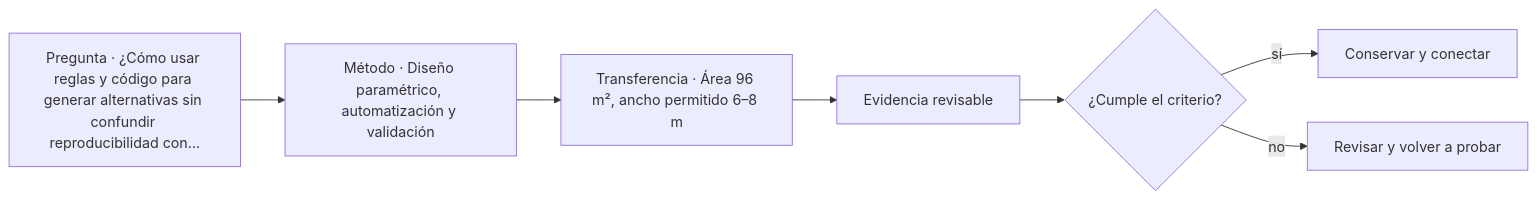
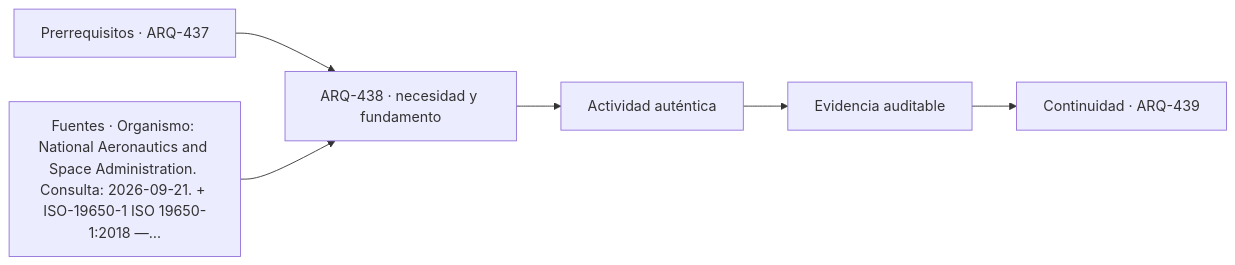
The diagram in classes/parte-44/ARQ-438.md (vladimiracunadev-create/architecture-built-environment-learning-program), drawn with Mermaid before and after one commit. The commit also changed other lines of this file and 761 other files, not shown here.

````diff
--- a/classes/parte-44/ARQ-438.md
+++ b/classes/parte-44/ARQ-438.md
@@ -75,9 +87,8 @@
 ```mermaid
 flowchart LR
-    Q["Pregunta · ¿Cómo usar reglas y código para generar alternativas sin confundir reproducibilidad con…"] --> M["Método · Diseño paramétrico, automatización y validación"]
-    M --> P["Transferencia · Área 96 m², ancho permitido 6–8 m"]
-    P --> E["Evidencia revisable"]
-    E --> C{"¿Cumple el criterio?"}
-    C -->|sí| T["Conservar y conectar"]
-    C -->|no| R["Revisar y volver a probar"]
+    A["Prerrequisitos · ARQ-437"] --> B["ARQ-438 · necesidad y fundamento"]
+    S["Fuentes · Organismo: National Aeronautics and Space Administration. Consulta: 2026-09-21. + ISO-19650-1 ISO 19650-1:2018 —…"] --> B
+    B --> C["Actividad auténtica"]
+    C --> D["Evidencia auditable"]
+    D --> E["Continuidad · ARQ-439"]
 ```
````
